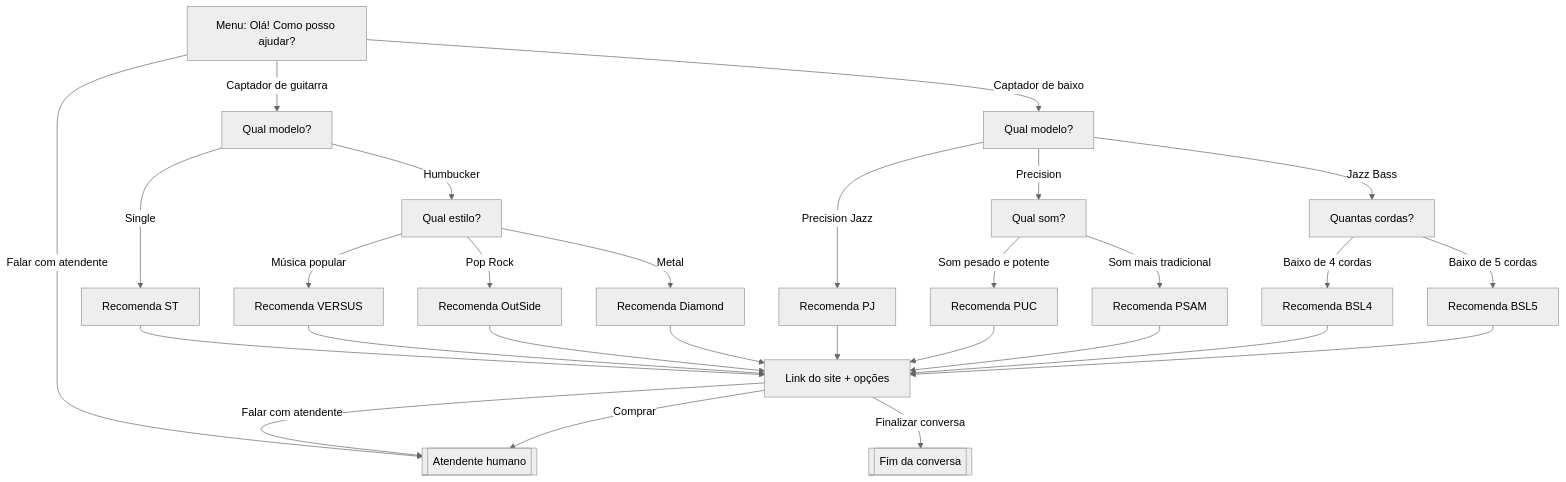
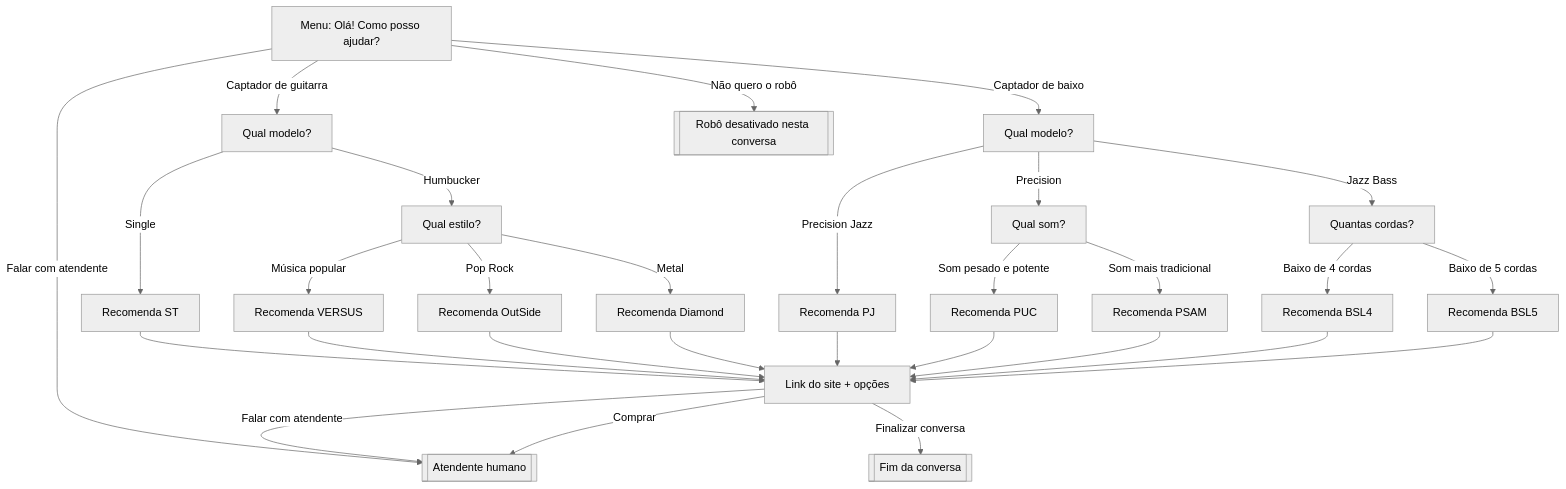
One commit to tvrsdigital/ts-pickups-chatbot changed the diagram in docs/arquitetura.md. Above: the diagram before and after it, drawn with Mermaid (neutral theme). The commit also changed other lines of this file and 11 other files, not shown here.

Commit message:
Fluxo com 4 opções de menu: adiciona 'Não quero o robô' (29 caminhos), testes e documentação atualizados

````diff
--- a/docs/arquitetura.md
+++ b/docs/arquitetura.md
@@ -5,35 +5,36 @@
 ```mermaid
 flowchart TD
   MENU["Menu: Olá! Como posso ajudar?"] -->|Captador de guitarra| GUI[Qual modelo?]
   MENU -->|Captador de baixo| BAI[Qual modelo?]
   MENU -->|Falar com atendente| ATE[[Atendente humano]]
+  MENU -->|Não quero o robô| SEMROBO[[Robô desativado nesta conversa]]
 
   GUI -->|Single| ST[Recomenda ST]
   GUI -->|Humbucker| EST[Qual estilo?]
   EST -->|Música popular| VERSUS[Recomenda VERSUS]
   EST -->|Pop Rock| OUTSIDE[Recomenda OutSide]
   EST -->|Metal| DIAMOND[Recomenda Diamond]
 
   BAI -->|Precision| PRE[Qual som?]
   BAI -->|Jazz Bass| JB[Quantas cordas?]
   BAI -->|Precision Jazz| PJ[Recomenda PJ]
   PRE -->|Som pesado e potente| PUC[Recomenda PUC]
   PRE -->|Som mais tradicional| PSAM[Recomenda PSAM]
   JB -->|Baixo de 4 cordas| BSL4[Recomenda BSL4]
   JB -->|Baixo de 5 cordas| BSL5[Recomenda BSL5]
 
 
   ST --> SITE
   VERSUS --> SITE
   OUTSIDE --> SITE
   DIAMOND --> SITE
   PJ --> SITE
   PUC --> SITE
   PSAM --> SITE
   BSL4 --> SITE
   BSL5 --> SITE
 
   SITE["Link do site + opções"] -->|Falar com atendente| ATE
   SITE -->|Comprar| ATE
   SITE -->|Finalizar conversa| FIM[[Fim da conversa]]
 ```
````
